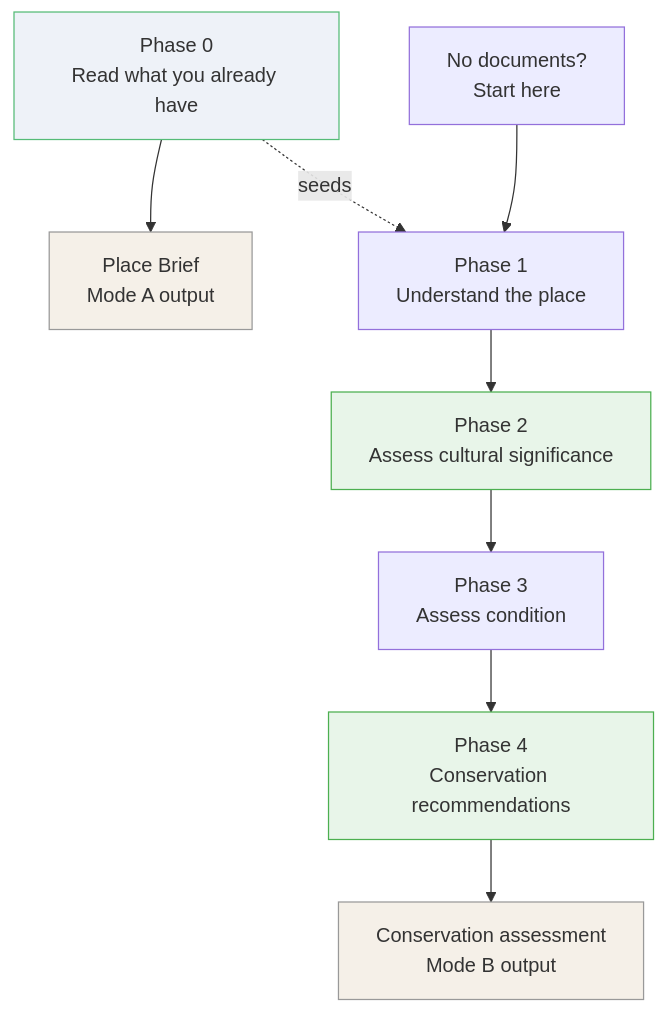
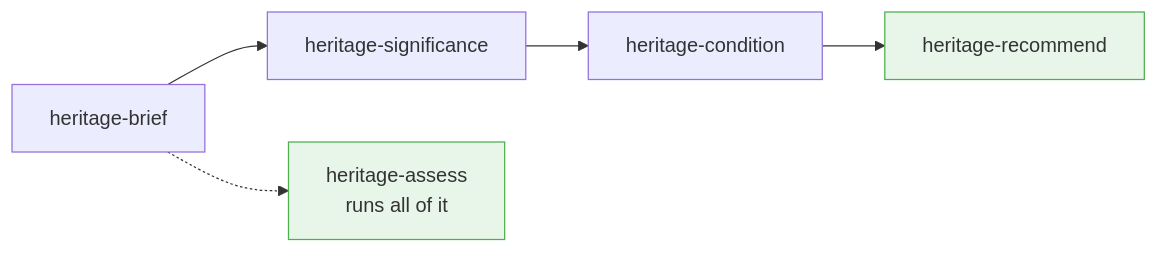
The diagram in README.md (mightytonylun/heritage-copilot-skill), drawn with Mermaid before and after one commit. The commit also changed other lines of this file and 15 other files, not shown here.

````diff
--- a/README.md
+++ b/README.md
@@ -56,15 +73,9 @@
 ```mermaid
-flowchart TD
-    P0[Phase 0\nRead what you already have] --> BRIEF[Place Brief\nMode A output]
-    P0 -.seeds.-> P1
-    START[No documents?\nStart here] --> P1[Phase 1\nUnderstand the place]
-    P1 --> P2[Phase 2\nAssess cultural significance]
-    P2 --> P3[Phase 3\nAssess condition]
-    P3 --> P4[Phase 4\nConservation recommendations]
-    P4 --> REPORT[Conservation assessment\nMode B output]
-    style P0 fill:#eef2f8,stroke:#5b7
-    style BRIEF fill:#f5f0e8,stroke:#999
-    style P2 fill:#e8f5e9,stroke:#4caf50
-    style P4 fill:#e8f5e9,stroke:#4caf50
-    style REPORT fill:#f5f0e8,stroke:#999
+flowchart LR
+    B[heritage-brief] --> S[heritage-significance]
+    S --> C[heritage-condition]
+    C --> R[heritage-recommend]
+    B -.-> A[heritage-assess<br/>runs all of it]
+    style A fill:#e8f5e9,stroke:#4caf50
+    style R fill:#e8f5e9,stroke:#4caf50
 ```
````
